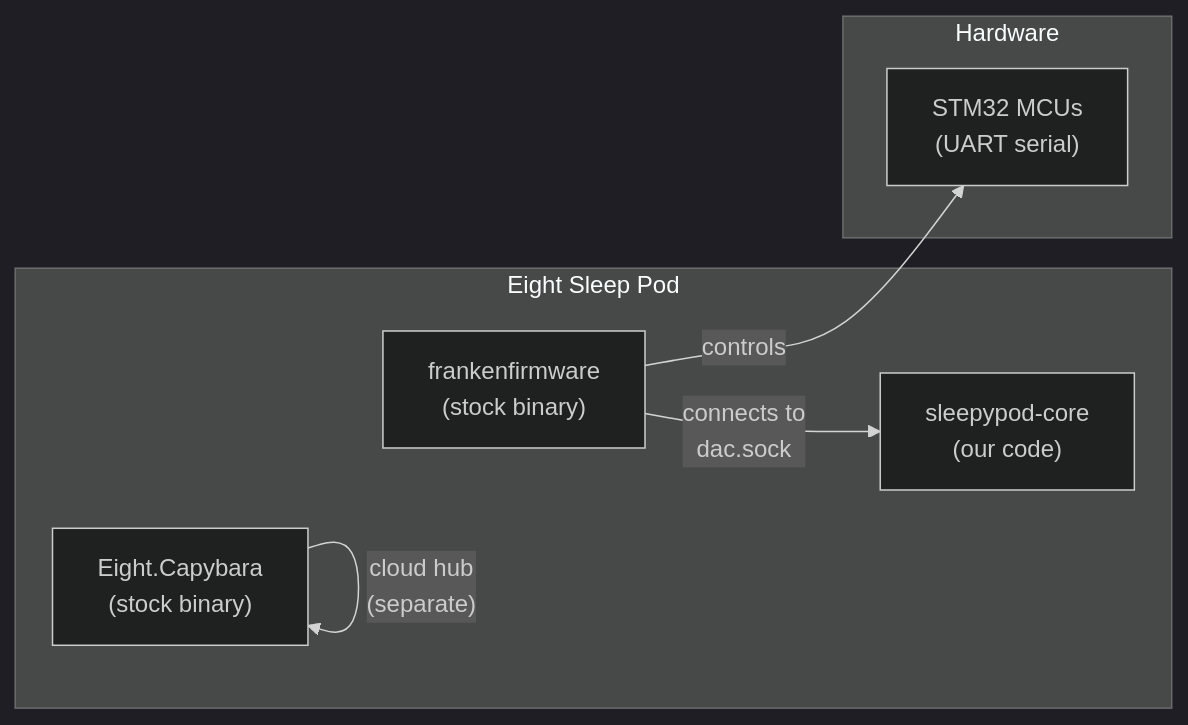
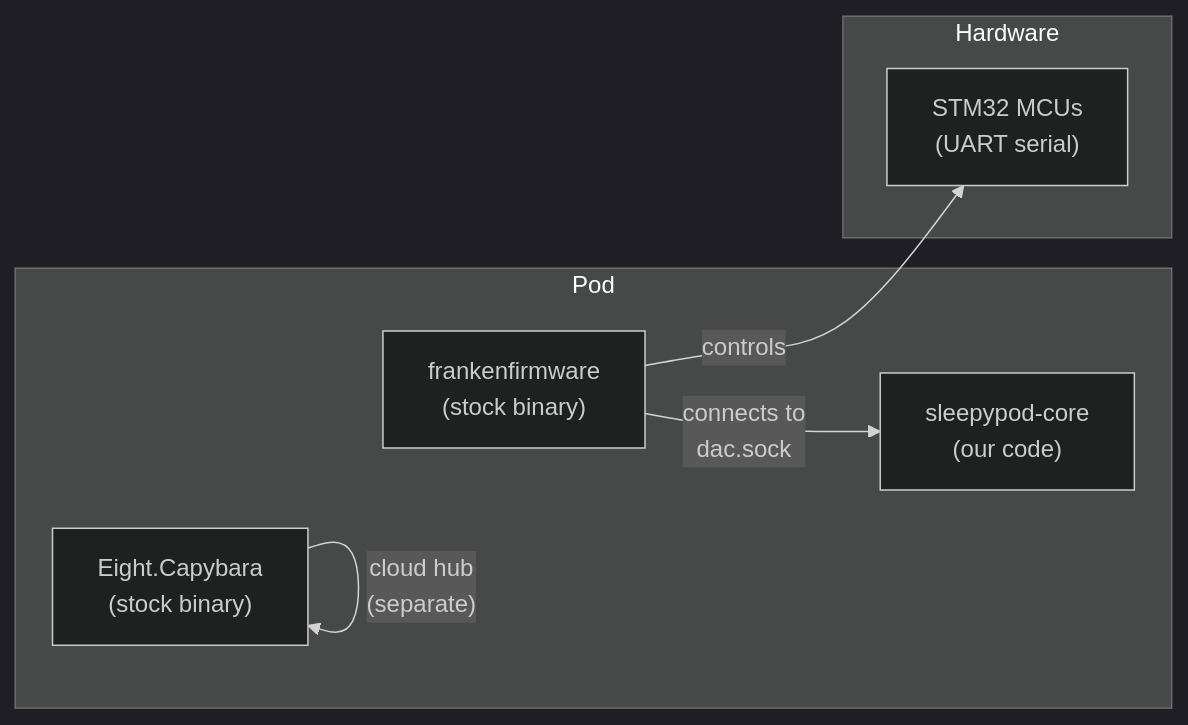
The first of 2 diagrams in docs/hardware/DAC-PROTOCOL.md (sleepypod/core), drawn with Mermaid (dark theme) before and after one commit. The commit also changed other lines of this file and 12 other files, not shown here.

````diff
--- a/docs/hardware/DAC-PROTOCOL.md
+++ b/docs/hardware/DAC-PROTOCOL.md
@@ -14,17 +14,17 @@
 ```mermaid
 flowchart LR
-    subgraph pod["Eight Sleep Pod"]
+    subgraph pod["Pod"]
         frank["frankenfirmware\n(stock binary)"]
         sp["sleepypod-core\n(our code)"]
         capy["Eight.Capybara\n(stock binary)"]
 
         frank -->|"connects to\ndac.sock"| sp
         capy -->|"cloud hub\n(separate)"| capy
     end
 
     subgraph hw["Hardware"]
         stm["STM32 MCUs\n(UART serial)"]
     end
 
     frank -->|"controls"| stm
 ```
````
